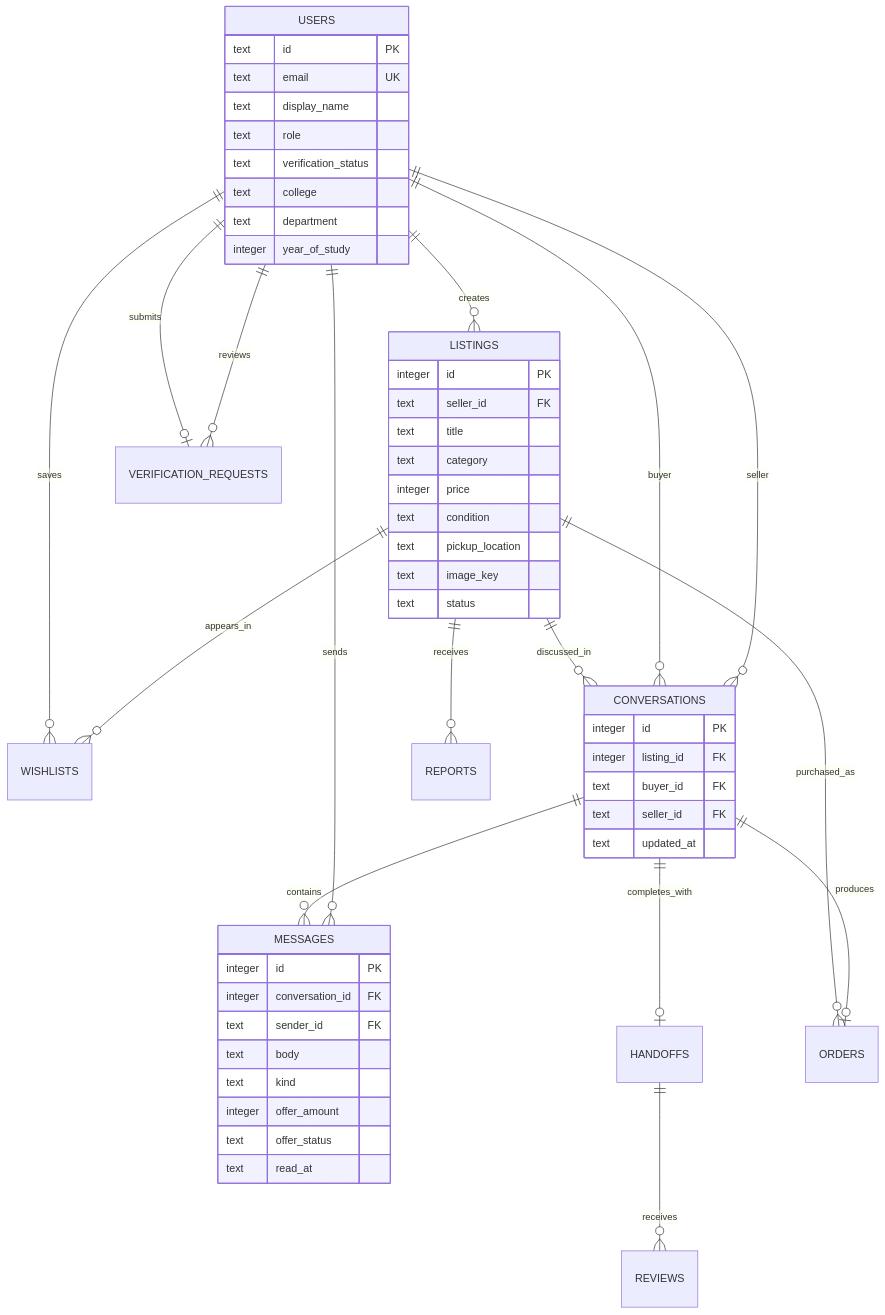
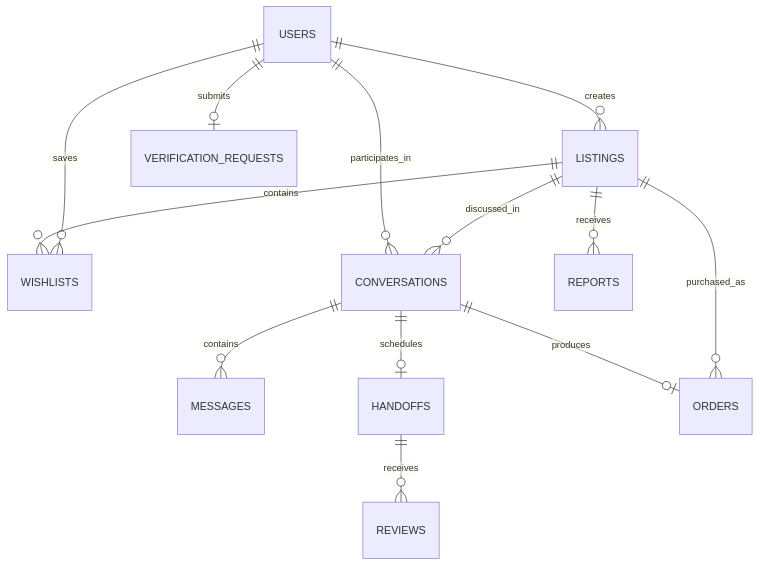
Before and after one commit to Dinesh10981/CampusKart: the third of 3 diagrams in README.md, drawn with Mermaid. The commit also changed other lines of this file, not shown here.

````diff
--- a/README.md
+++ b/README.md
@@ -148,60 +160,15 @@
 ```mermaid
 erDiagram
     USERS ||--o{ LISTINGS : creates
     USERS ||--o{ WISHLISTS : saves
-    LISTINGS ||--o{ WISHLISTS : appears_in
+    LISTINGS ||--o{ WISHLISTS : contains
     LISTINGS ||--o{ CONVERSATIONS : discussed_in
-    USERS ||--o{ CONVERSATIONS : buyer
-    USERS ||--o{ CONVERSATIONS : seller
+    USERS ||--o{ CONVERSATIONS : participates_in
     CONVERSATIONS ||--o{ MESSAGES : contains
-    USERS ||--o{ MESSAGES : sends
-    CONVERSATIONS ||--o| HANDOFFS : completes_with
+    CONVERSATIONS ||--o| HANDOFFS : schedules
     HANDOFFS ||--o{ REVIEWS : receives
     LISTINGS ||--o{ REPORTS : receives
     LISTINGS ||--o{ ORDERS : purchased_as
     CONVERSATIONS ||--o| ORDERS : produces
     USERS ||--o| VERIFICATION_REQUESTS : submits
-    USERS ||--o{ VERIFICATION_REQUESTS : reviews
-
-    USERS {
-        text id PK
-        text email UK
-        text display_name
-        text role
-        text verification_status
-        text college
-        text department
-        integer year_of_study
-    }
-
-    LISTINGS {
-        integer id PK
-        text seller_id FK
-        text title
-        text category
-        integer price
-        text condition
-        text pickup_location
-        text image_key
-        text status
-    }
-
-    CONVERSATIONS {
-        integer id PK
-        integer listing_id FK
-        text buyer_id FK
-        text seller_id FK
-        text updated_at
-    }
-
-    MESSAGES {
-        integer id PK
-        integer conversation_id FK
-        text sender_id FK
-        text body
-        text kind
-        integer offer_amount
-        text offer_status
-        text read_at
-    }
 ```
````
